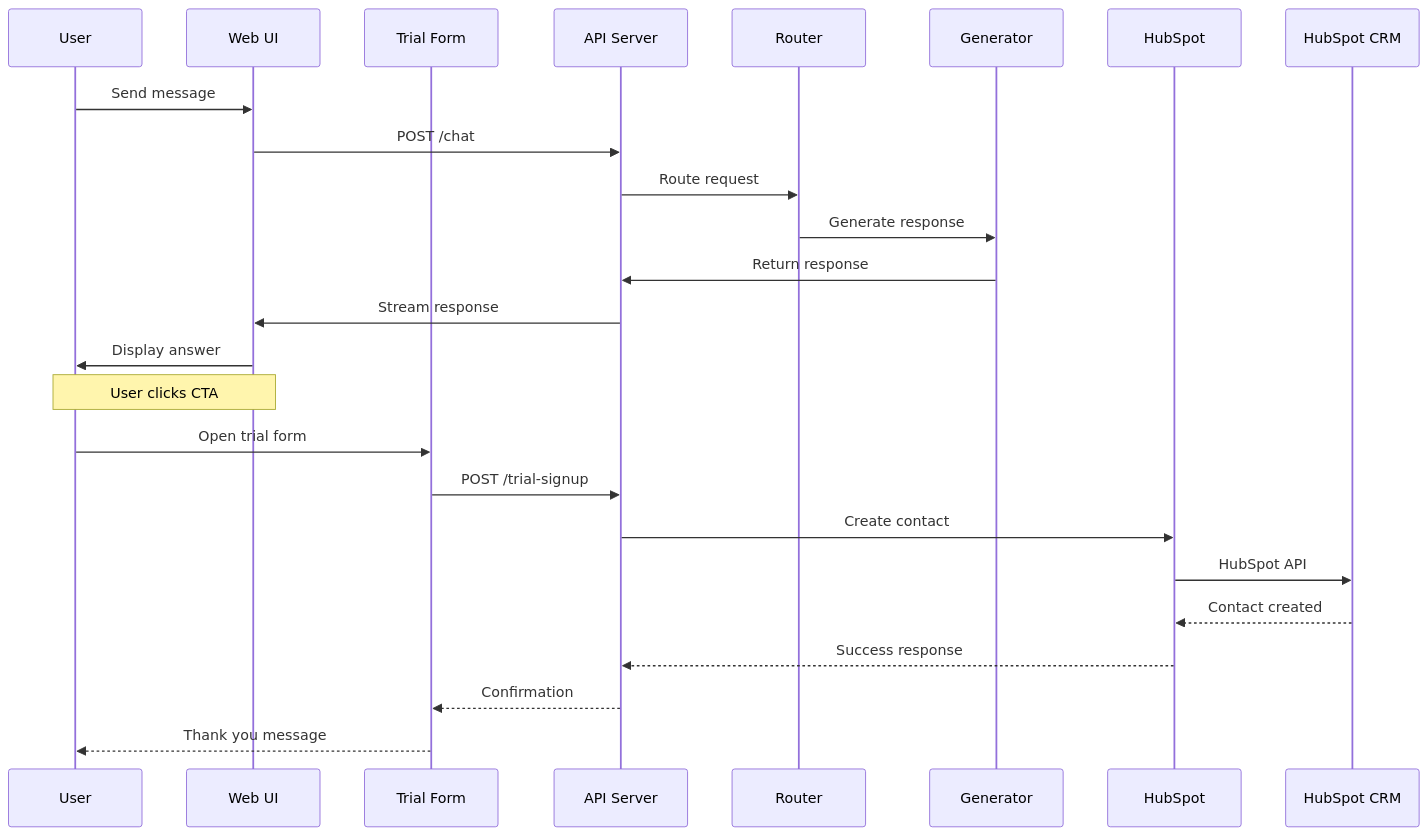
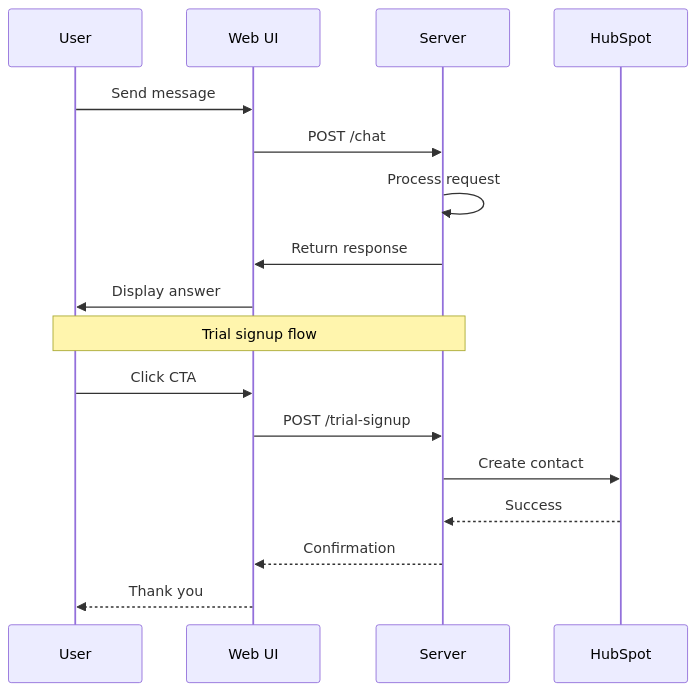
The second of 5 diagrams in README.md (shao3d/Ukido_DynContInj), drawn with Mermaid before and after one commit. The commit also changed other lines of this file, not shown here.

First line of the commit message:
fix: Максимальное упрощение Mermaid диаграмм для GitHub

````diff
--- a/README.md
+++ b/README.md
@@ -77,29 +50,21 @@
 ```mermaid
 sequenceDiagram
     participant U as User
     participant W as Web UI
-    participant TF as Trial Form
-    participant API as API Server
-    participant R as Router
-    participant G as Generator
-    participant HS as HubSpot
-    participant HB as HubSpot CRM
+    participant S as Server
+    participant H as HubSpot
 
     U->>W: Send message
-    W->>API: POST /chat
-    API->>R: Route request
-    R->>G: Generate response
-    G->>API: Return response
-    API->>W: Stream response
+    W->>S: POST /chat
+    S->>S: Process request
+    S->>W: Return response
     W->>U: Display answer
 
-    Note over U,W: User clicks CTA
-    U->>TF: Open trial form
-    TF->>API: POST /trial-signup
-    API->>HS: Create contact
-    HS->>HB: HubSpot API
-    HB-->>HS: Contact created
-    HS-->>API: Success response
-    API-->>TF: Confirmation
-    TF-->>U: Thank you message
+    Note over U,S: Trial signup flow
+    U->>W: Click CTA
+    W->>S: POST /trial-signup
+    S->>H: Create contact
+    H-->>S: Success
+    S-->>W: Confirmation
+    W-->>U: Thank you
 ```
````
